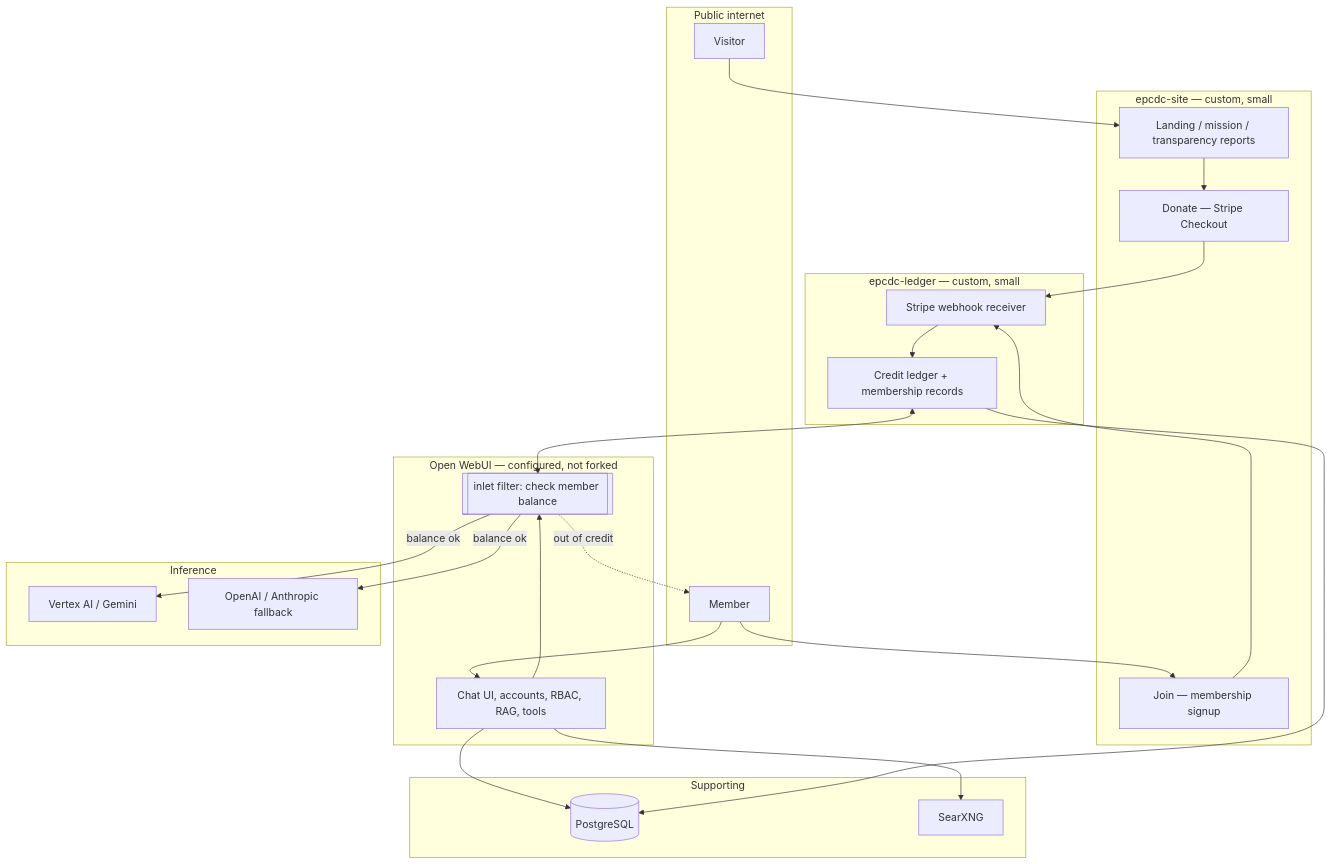
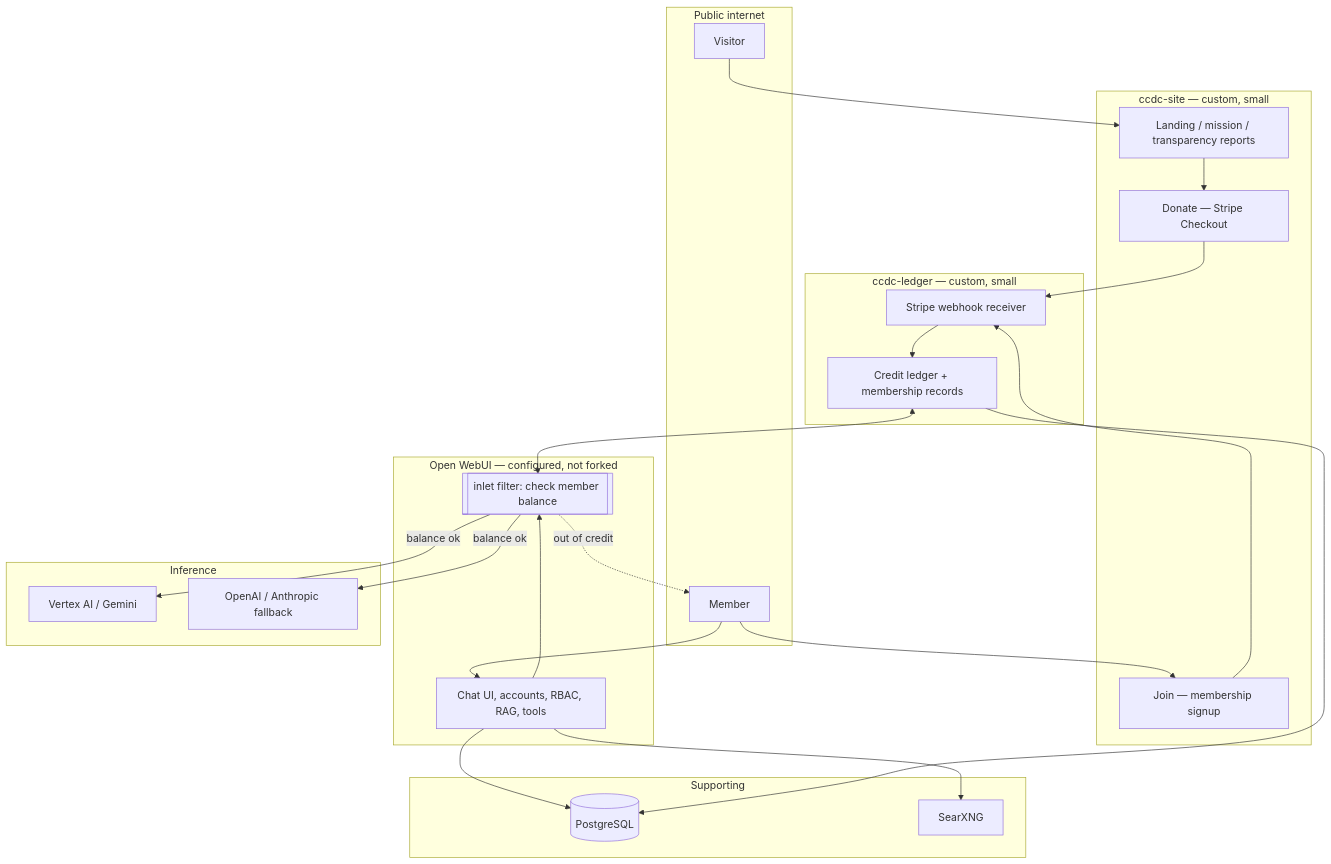
The diagram in docs/04-mvp-architecture.md (nelsonblaha/ccdc), drawn with Mermaid before and after one commit. The commit also changed other lines of this file and 14 other files, not shown here.

````diff
--- a/docs/04-mvp-architecture.md
+++ b/docs/04-mvp-architecture.md
@@ -12,46 +12,46 @@
 ```mermaid
 flowchart TB
     subgraph public["Public internet"]
         V[Visitor]
         M[Member]
     end
 
-    subgraph site["epcdc-site — custom, small"]
+    subgraph site["ccdc-site — custom, small"]
         L[Landing / mission / transparency reports]
         D[Donate — Stripe Checkout]
         J[Join — membership signup]
     end
 
     subgraph app["Open WebUI — configured, not forked"]
         C[Chat UI, accounts, RBAC, RAG, tools]
         F[["inlet filter: check member balance"]]
     end
 
-    subgraph custom["epcdc-ledger — custom, small"]
+    subgraph custom["ccdc-ledger — custom, small"]
         W[Stripe webhook receiver]
         B[Credit ledger + membership records]
     end
 
     subgraph deps["Supporting"]
         P[(PostgreSQL)]
         S[SearXNG]
     end
 
     subgraph models["Inference"]
         G[Vertex AI / Gemini]
         O[OpenAI / Anthropic fallback]
     end
 
     V --> L --> D --> W
     M --> J --> W
     W --> B
     M --> C
     C --> F
     F -->|balance ok| G
     F -->|balance ok| O
     F -.->|out of credit| M
     B <--> F
     C --> S
     C --> P
     B --> P
 ```
````
